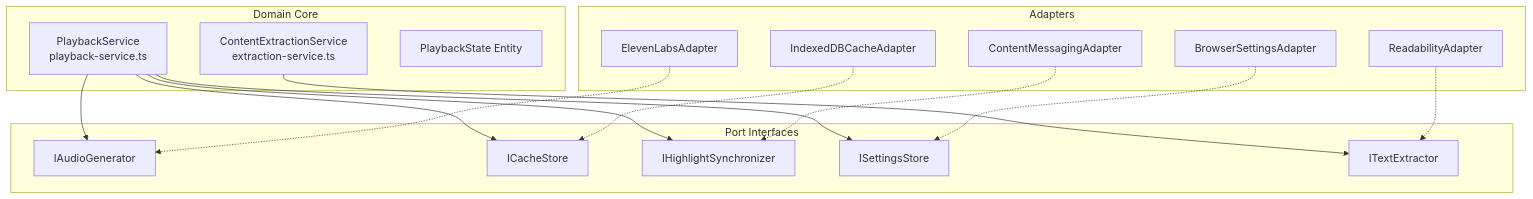
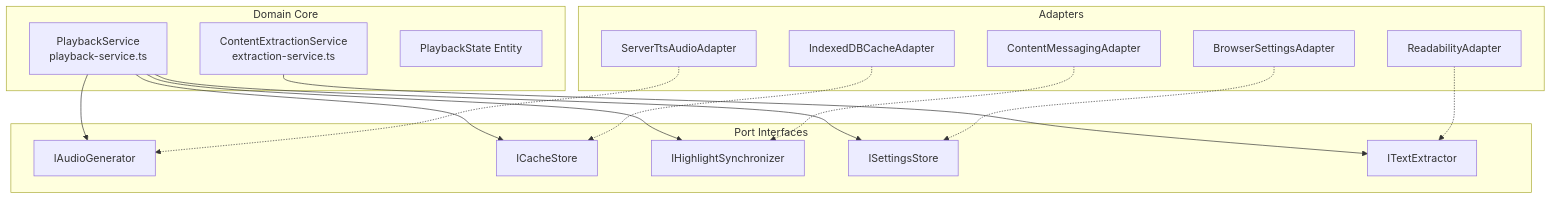
The second of 6 diagrams in docs/architecture/current.md (phsb5321/Proso), drawn with Mermaid before and after one commit. The commit also changed other lines of this file and 1 other file, not shown here.

Commit message:
docs(arch): reconcile TTS route to server-centralized (spec 069)

````diff
--- a/docs/architecture/current.md
+++ b/docs/architecture/current.md
@@ -86,36 +86,36 @@
 ```mermaid
 flowchart TB
     subgraph Core[Domain Core]
         PlaybackService[PlaybackService<br/>playback-service.ts]
         ExtractionService[ContentExtractionService<br/>extraction-service.ts]
         PlaybackState[PlaybackState Entity]
     end
 
     subgraph Ports[Port Interfaces]
         IAudioGenerator["IAudioGenerator"]
         ICacheStore["ICacheStore"]
         IHighlightSync["IHighlightSynchronizer"]
         ISettingsStore["ISettingsStore"]
         ITextExtractor["ITextExtractor"]
     end
 
     subgraph Adapters[Adapters]
-        ElevenLabs[ElevenLabsAdapter]
+        ServerTts[ServerTtsAudioAdapter]
         IndexedDBCache[IndexedDBCacheAdapter]
         ContentMessaging[ContentMessagingAdapter]
         BrowserSettings[BrowserSettingsAdapter]
         Readability[ReadabilityAdapter]
     end
 
     PlaybackService --> IAudioGenerator
     PlaybackService --> ICacheStore
     PlaybackService --> IHighlightSync
     PlaybackService --> ISettingsStore
     ExtractionService --> ITextExtractor
 
-    ElevenLabs -.-> IAudioGenerator
+    ServerTts -.-> IAudioGenerator
     IndexedDBCache -.-> ICacheStore
     ContentMessaging -.-> IHighlightSync
     BrowserSettings -.-> ISettingsStore
     Readability -.-> ITextExtractor
 ```
````
